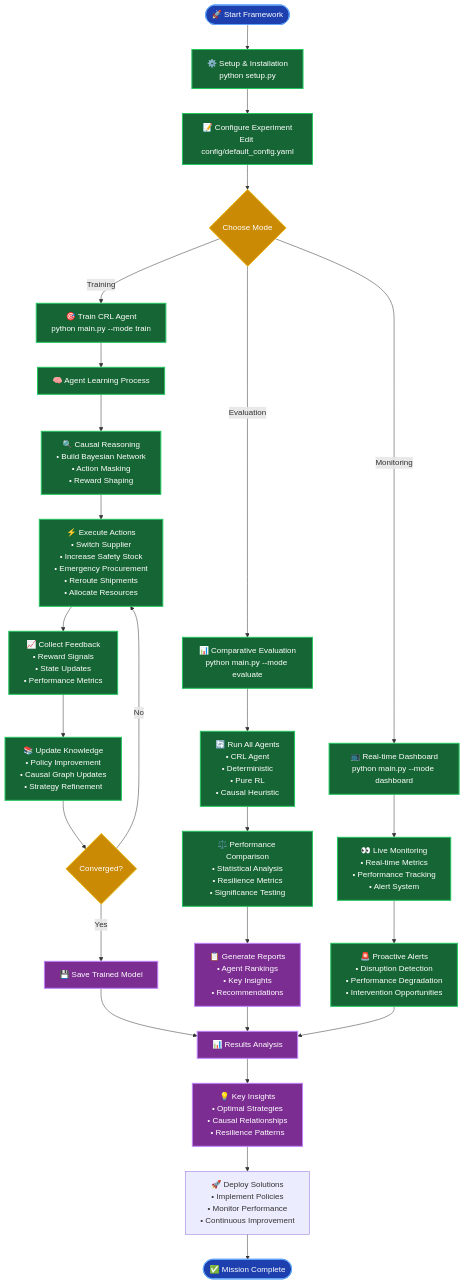
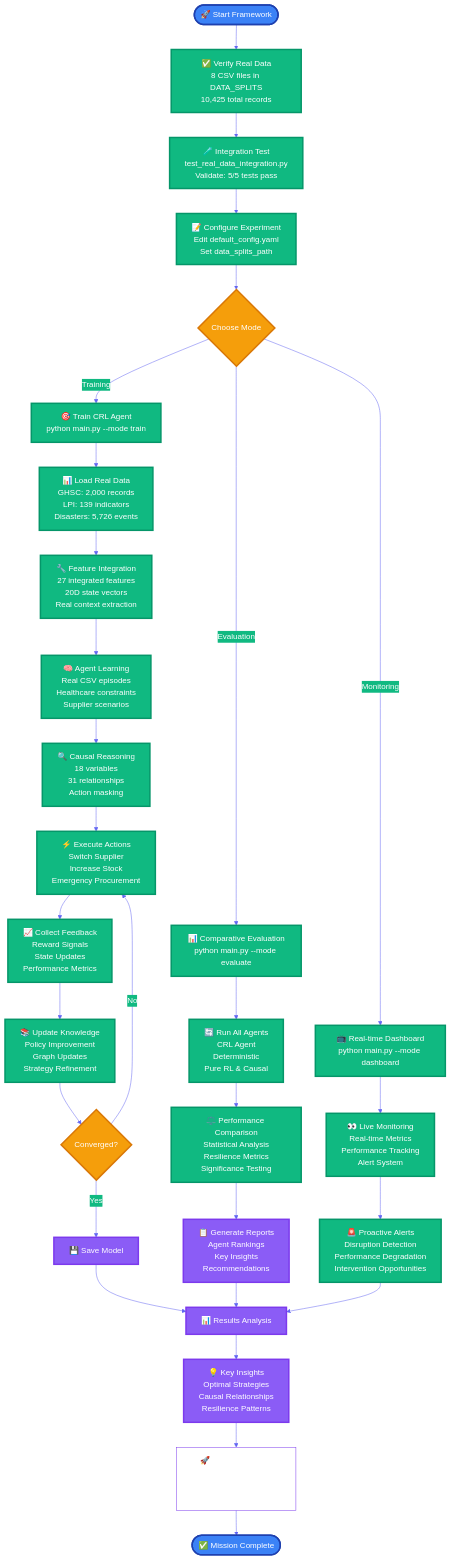
Before and after one commit to abhijit-ubale/JBL_stuff: the third of 8 diagrams in README.md, drawn with Mermaid. The commit also changed other lines of this file and 8 other files, not shown here.

````diff
--- a/README.md
+++ b/README.md
@@ -129,46 +382,64 @@
 ```mermaid
+%%{init: {
+  'theme': 'base',
+  'themeVariables': {
+    'primaryColor': '#8B5CF6',
+    'primaryTextColor': '#FFFFFF',
+    'primaryBorderColor': '#7C3AED',
+    'lineColor': '#6366F1',
+    'secondaryColor': '#10B981',
+    'tertiaryColor': '#F59E0B',
+    'background': '#FEFBFF',
+    'mainBkg': '#FFFFFF',
+    'secondBkg': '#F3F4F6'
+  }
+}}%%
 flowchart TD
-    START([🚀 Start Framework]) --> SETUP["⚙️ Setup & Installation<br/>python setup.py"]
-    SETUP --> CONFIG["📝 Configure Experiment<br/>Edit config/default_config.yaml"]
-    CONFIG --> CHOICE{Choose Mode}
+    START(["🚀 Start Framework"]) --> VERIFY["✅ Verify Real Data<br/>8 CSV files in DATA_SPLITS<br/>10,425 total records"]
+    VERIFY --> VALIDATE["🧪 Integration Test<br/>test_real_data_integration.py<br/>Validate: 5/5 tests pass"]
+    VALIDATE --> CONFIG["📝 Configure Experiment<br/>Edit default_config.yaml<br/>Set data_splits_path"]
+    CONFIG --> CHOICE{"Choose Mode"}
     
     CHOICE -->|Training| TRAIN["🎯 Train CRL Agent<br/>python main.py --mode train"]
     CHOICE -->|Evaluation| EVAL["📊 Comparative Evaluation<br/>python main.py --mode evaluate"] 
     CHOICE -->|Monitoring| DASH["📺 Real-time Dashboard<br/>python main.py --mode dashboard"]
     
-    TRAIN --> LEARN["🧠 Agent Learning Process"]
-    LEARN --> CAUSAL["🔍 Causal Reasoning<br/>• Build Bayesian Network<br/>• Action Masking<br/>• Reward Shaping"]
-    CAUSAL --> ACTION["⚡ Execute Actions<br/>• Switch Supplier<br/>• Increase Safety Stock<br/>• Emergency Procurement<br/>• Reroute Shipments<br/>• Allocate Resources"]
+    TRAIN --> LOAD_DATA["📊 Load Real Data<br/>GHSC: 2,000 records<br/>LPI: 139 indicators<br/>Disasters: 5,726 events"]
+    LOAD_DATA --> INTEGRATE["🔧 Feature Integration<br/>27 integrated features<br/>20D state vectors<br/>Real context extraction"]
+    INTEGRATE --> LEARN["🧠 Agent Learning<br/>Real CSV episodes<br/>Healthcare constraints<br/>Supplier scenarios"]
+    LEARN --> CAUSAL["🔍 Causal Reasoning<br/>18 variables<br/>31 relationships<br/>Action masking"]
+    CAUSAL --> ACTION["⚡ Execute Actions<br/>Switch Supplier<br/>Increase Stock<br/>Emergency Procurement"]
     
-    ACTION --> FEEDBACK["📈 Collect Feedback<br/>• Reward Signals<br/>• State Updates<br/>• Performance Metrics"]
-    FEEDBACK --> IMPROVE["📚 Update Knowledge<br/>• Policy Improvement<br/>• Causal Graph Updates<br/>• Strategy Refinement"]
-    IMPROVE --> CONVERGENCE{Converged?}
+    ACTION --> FEEDBACK["📈 Collect Feedback<br/>Reward Signals<br/>State Updates<br/>Performance Metrics"]
+    FEEDBACK --> IMPROVE["📚 Update Knowledge<br/>Policy Improvement<br/>Graph Updates<br/>Strategy Refinement"]
+    IMPROVE --> CONVERGENCE{"Converged?"}
     CONVERGENCE -->|No| ACTION
-    CONVERGENCE -->|Yes| SAVE["💾 Save Trained Model"]
+    CONVERGENCE -->|Yes| SAVE["💾 Save Model"]
     
-    EVAL --> BASELINE["🔄 Run All Agents<br/>• CRL Agent<br/>• Deterministic<br/>• Pure RL<br/>• Causal Heuristic"]
-    BASELINE --> COMPARE["⚖️ Performance Comparison<br/>• Statistical Analysis<br/>• Resilience Metrics<br/>• Significance Testing"]
-    COMPARE --> REPORT["📋 Generate Reports<br/>• Agent Rankings<br/>• Key Insights<br/>• Recommendations"]
+    EVAL --> BASELINE["🔄 Run All Agents<br/>CRL Agent<br/>Deterministic<br/>Pure RL & Causal"]
+    BASELINE --> COMPARE["⚖️ Performance Comparison<br/>Statistical Analysis<br/>Resilience Metrics<br/>Significance Testing"]
+    COMPARE --> REPORT["📋 Generate Reports<br/>Agent Rankings<br/>Key Insights<br/>Recommendations"]
     
-    DASH --> MONITOR["👀 Live Monitoring<br/>• Real-time Metrics<br/>• Performance Tracking<br/>• Alert System"]
-    MONITOR --> ALERTS["🚨 Proactive Alerts<br/>• Disruption Detection<br/>• Performance Degradation<br/>• Intervention Opportunities"]
+    DASH --> MONITOR["👀 Live Monitoring<br/>Real-time Metrics<br/>Performance Tracking<br/>Alert System"]
+    MONITOR --> ALERTS["🚨 Proactive Alerts<br/>Disruption Detection<br/>Performance Degradation<br/>Intervention Opportunities"]
     
     SAVE --> RESULTS["📊 Results Analysis"]
     REPORT --> RESULTS
     ALERTS --> RESULTS
     
-    RESULTS --> INSIGHTS["💡 Key Insights<br/>• Optimal Strategies<br/>• Causal Relationships<br/>• Resilience Patterns"]
-    INSIGHTS --> DEPLOY["🚀 Deploy Solutions<br/>• Implement Policies<br/>• Monitor Performance<br/>• Continuous Improvement"]
+    RESULTS --> INSIGHTS["💡 Key Insights<br/>Optimal Strategies<br/>Causal Relationships<br/>Resilience Patterns"]
+    INSIGHTS --> DEPLOY["🚀 Deploy Solutions<br/>Implement Policies<br/>Monitor Performance<br/>Continuous Improvement"]
     
-    DEPLOY --> END([✅ Mission Complete])
+    DEPLOY --> END(["✅ Mission Complete"])
     
-    classDef process fill:#166534,stroke:#22c55e,stroke-width:2px,color:#ffffff
-    classDef decision fill:#ca8a04,stroke:#eab308,stroke-width:2px,color:#ffffff
-    classDef result fill:#7c2d92,stroke:#c084fc,stroke-width:2px,color:#ffffff
-    classDef endpoint fill:#1e40af,stroke:#60a5fa,stroke-width:2px,color:#ffffff
+    %% Styling
+    classDef processStyle fill:#10B981,stroke:#059669,stroke-width:3px,color:#FFFFFF
+    classDef decisionStyle fill:#F59E0B,stroke:#D97706,stroke-width:3px,color:#FFFFFF
+    classDef resultStyle fill:#8B5CF6,stroke:#7C3AED,stroke-width:3px,color:#FFFFFF
+    classDef endpointStyle fill:#3B82F6,stroke:#1E40AF,stroke-width:3px,color:#FFFFFF
     
-    class SETUP,CONFIG,TRAIN,EVAL,DASH,LEARN,CAUSAL,ACTION,FEEDBACK,IMPROVE,BASELINE,COMPARE,MONITOR,ALERTS process
-    class CHOICE,CONVERGENCE decision
-    class SAVE,REPORT,RESULTS,INSIGHTS result
-    class START,END endpoint
+    class VERIFY,VALIDATE,CONFIG,TRAIN,EVAL,DASH,LOAD_DATA,INTEGRATE,LEARN,CAUSAL,ACTION,FEEDBACK,IMPROVE,BASELINE,COMPARE,MONITOR,ALERTS processStyle
+    class CHOICE,CONVERGENCE decisionStyle
+    class SAVE,REPORT,RESULTS,INSIGHTS resultStyle
+    class START,END endpointStyle
 ```
````
